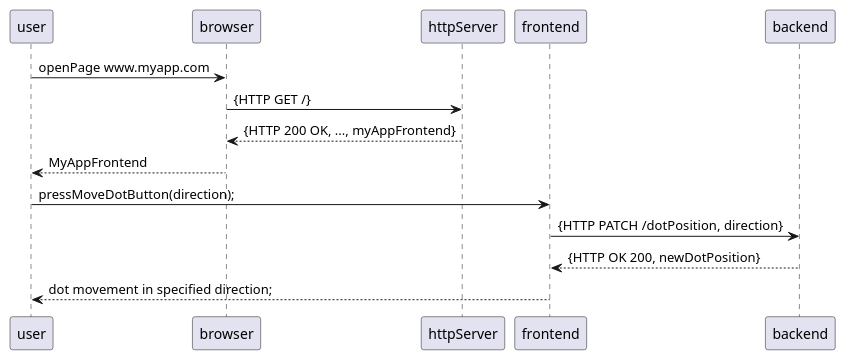
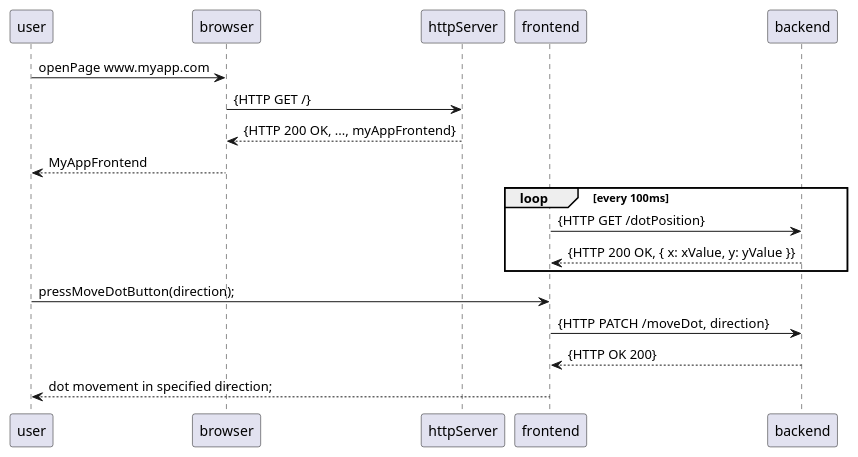
Before and after one commit to siavashhanifi/move-dot: the diagram in documentation/SystemSequenceDiagram.puml, drawn with PlantUML. The commit also changed 4 other files, not shown here.

```diff
--- a/documentation/SystemSequenceDiagram.puml
+++ b/documentation/SystemSequenceDiagram.puml
@@ -1,13 +1,18 @@
 @startuml
 
 user->browser: openPage www.myapp.com
 browser -> httpServer: {HTTP GET /}
 browser <-- httpServer: {HTTP 200 OK, ..., myAppFrontend}
 user <-- browser: MyAppFrontend
 
+loop every 100ms
+    frontend -> backend: {HTTP GET /dotPosition}
+    frontend <-- backend: {HTTP 200 OK, { x: xValue, y: yValue }} 
+end
+
 user -> frontend: pressMoveDotButton(direction);
-frontend -> backend: {HTTP PATCH /dotPosition, direction}
+frontend -> backend: {HTTP PATCH /moveDot, direction}
 
-frontend <-- backend: {HTTP OK 200, newDotPosition}
+frontend <-- backend: {HTTP OK 200}
 user <-- frontend: dot movement in specified direction;
 @enduml
```
